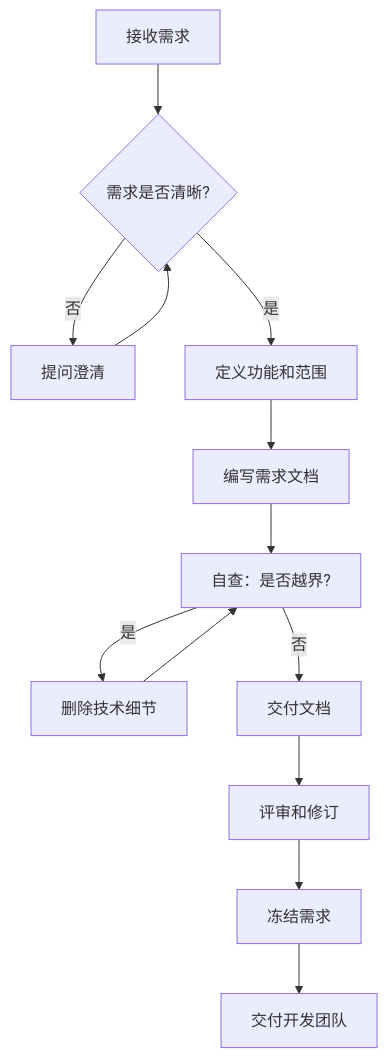
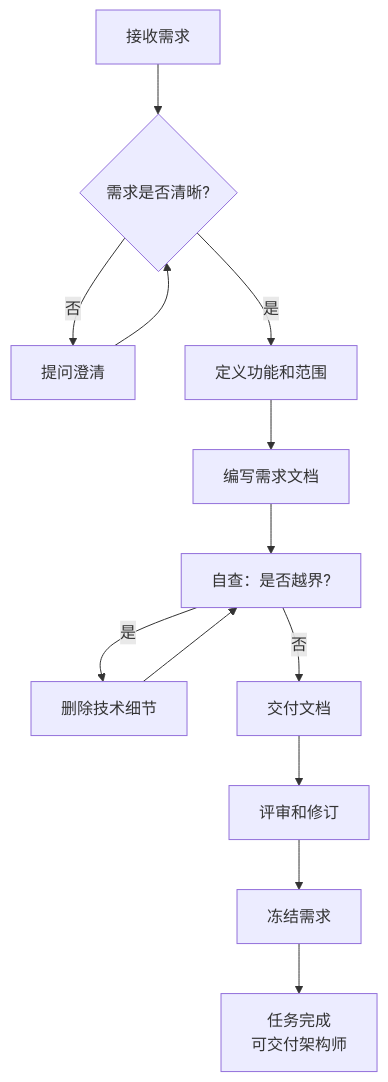
One commit to ZhangColin/ai-teacher-platform changed the diagram in docs/roles/product_manager.md. Above: the diagram before and after it, drawn with Mermaid. The commit also changed 4 other files, not shown here.

````diff
--- a/docs/roles/product_manager.md
+++ b/docs/roles/product_manager.md
@@ -473,15 +473,15 @@
 ```mermaid
 graph TD
     A[接收需求] --> B{需求是否清晰?}
     B -->|否| C[提问澄清]
     C --> B
     B -->|是| D[定义功能和范围]
     D --> E[编写需求文档]
     E --> F[自查：是否越界?]
     F -->|是| G[删除技术细节]
     G --> F
     F -->|否| H[交付文档]
     H --> I[评审和修订]
     I --> J[冻结需求]
-    J --> K[交付开发团队]
+    J --> K[任务完成<br/>可交付架构师]
 ```
````
